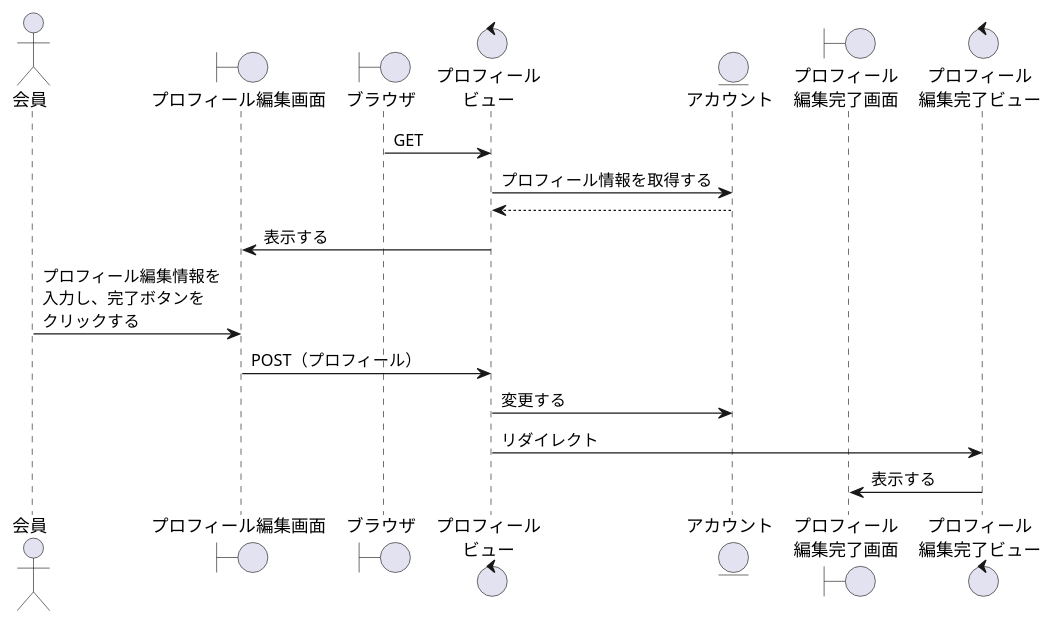
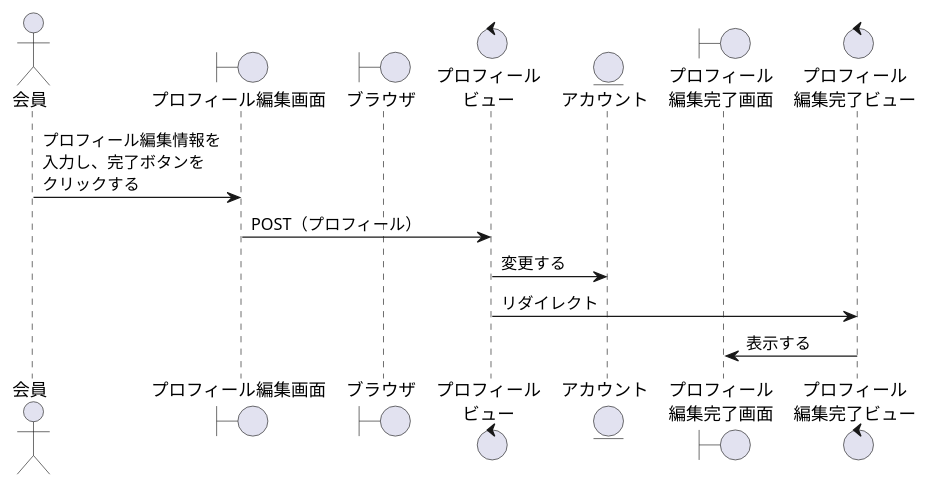
One commit to ysyk-wtnb16/team_D changed the diagram in 卒業研究/プロフィール編集.wsd. Above: the diagram before and after it, drawn with PlantUML. The commit also changed 7 other files, not shown here.

```diff
--- a/卒業研究/プロフィール編集.wsd
+++ b/卒業研究/プロフィール編集.wsd
@@ -1,19 +1,15 @@
 @startuml syouhin_touroku
 actor "会員" as act
 boundary "プロフィール編集画面" as ProfileEditb
 boundary "ブラウザ" as brz
 control "プロフィール\nビュー" as Profilev
 entity "アカウント" as account
 boundary "プロフィール\n編集完了画面" as Profileokb
 control "プロフィール\n編集完了ビュー" as ProfileEditc
 
-brz -> Profilev: GET
-Profilev -> account:プロフィール情報を取得する
-Profilev <-- account:
-ProfileEditb <- Profilev: 表示する
 act -> ProfileEditb: プロフィール編集情報を\n入力し、完了ボタンを\nクリックする
 ProfileEditb -> Profilev: POST（プロフィール）
 Profilev -> account: 変更する
 Profilev -> ProfileEditc: リダイレクト 
 Profileokb <- ProfileEditc: 表示する
 @enduml
```
